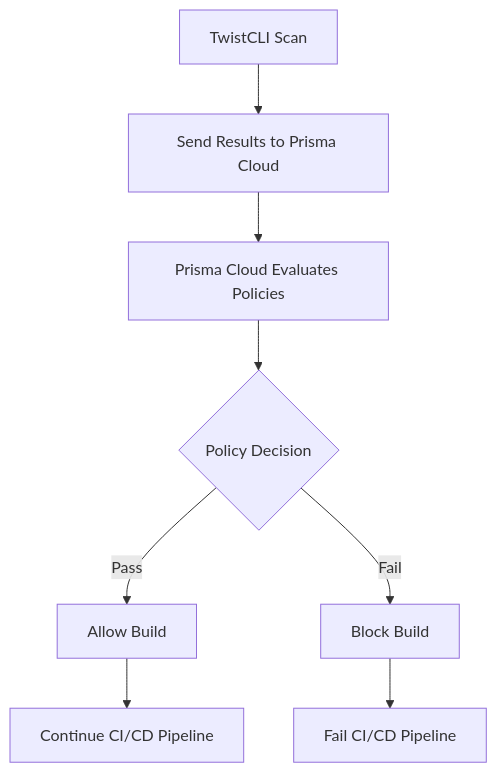
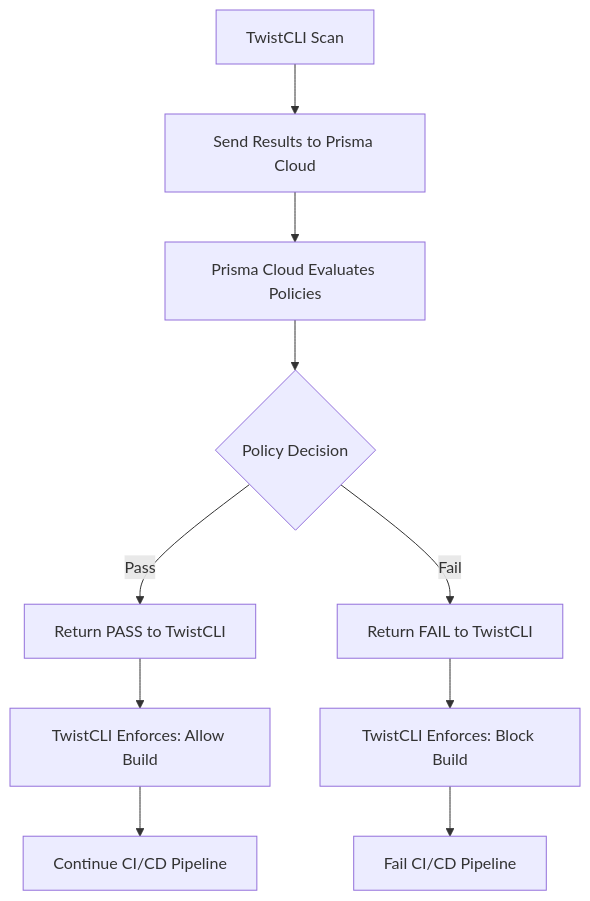
One commit to M4sterMoroni/test changed the diagram in Summaries/Prisma_Cloud_TwistCLI_CI_CD_Summary.md. Above: the diagram before and after it, drawn with Mermaid.

Commit message:
Updating flow

````diff
--- a/Summaries/Prisma_Cloud_TwistCLI_CI_CD_Summary.md
+++ b/Summaries/Prisma_Cloud_TwistCLI_CI_CD_Summary.md
@@ -43,10 +43,12 @@
 ```mermaid
 graph TD
     A[TwistCLI Scan] --> B[Send Results to Prisma Cloud]
     B --> C[Prisma Cloud Evaluates Policies]
     C --> D{Policy Decision}
-    D -->|Pass| E[Allow Build]
-    D -->|Fail| F[Block Build]
-    E --> G[Continue CI/CD Pipeline]
-    F --> H[Fail CI/CD Pipeline]
+    D -->|Pass| E[Return PASS to TwistCLI]
+    D -->|Fail| F[Return FAIL to TwistCLI]
+    E --> G[TwistCLI Enforces: Allow Build]
+    F --> H[TwistCLI Enforces: Block Build]
+    G --> I[Continue CI/CD Pipeline]
+    H --> J[Fail CI/CD Pipeline]
 ```
````
